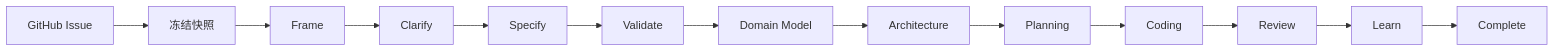
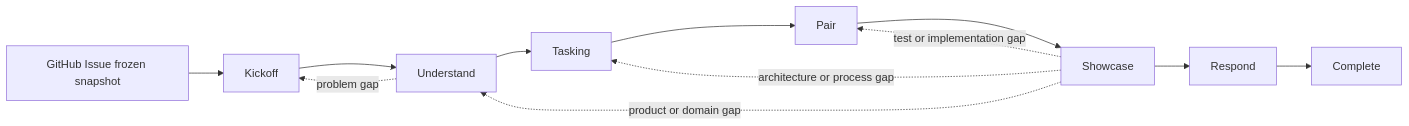
Before and after one commit to JayClock/Evidence: the diagram in README.md, drawn with Mermaid. The commit also changed other lines of this file and 100 other files, not shown here.

````diff
--- a/README.md
+++ b/README.md
@@ -143,15 +143,15 @@
 ```mermaid
 flowchart LR
-  I[GitHub Issue] --> S[冻结快照]
-  S --> F[Frame]
-  F --> C[Clarify]
-  C --> E[Specify]
-  E --> V[Validate]
-  V --> D[Domain Model]
-  D --> A[Architecture]
-  A --> P[Planning]
-  P --> T[Coding]
-  T --> R[Review]
-  R --> L[Learn]
-  L --> X[Complete]
+  I[GitHub Issue frozen snapshot] --> K[Kickoff]
+  K --> U[Understand]
+  U --> T[Tasking]
+  T --> P[Pair]
+  P --> S[Showcase]
+  S --> R[Respond]
+  R --> C[Complete]
+
+  S -. product or domain gap .-> U
+  S -. architecture or process gap .-> T
+  S -. test or implementation gap .-> P
+  U -. problem gap .-> K
 ```
````
